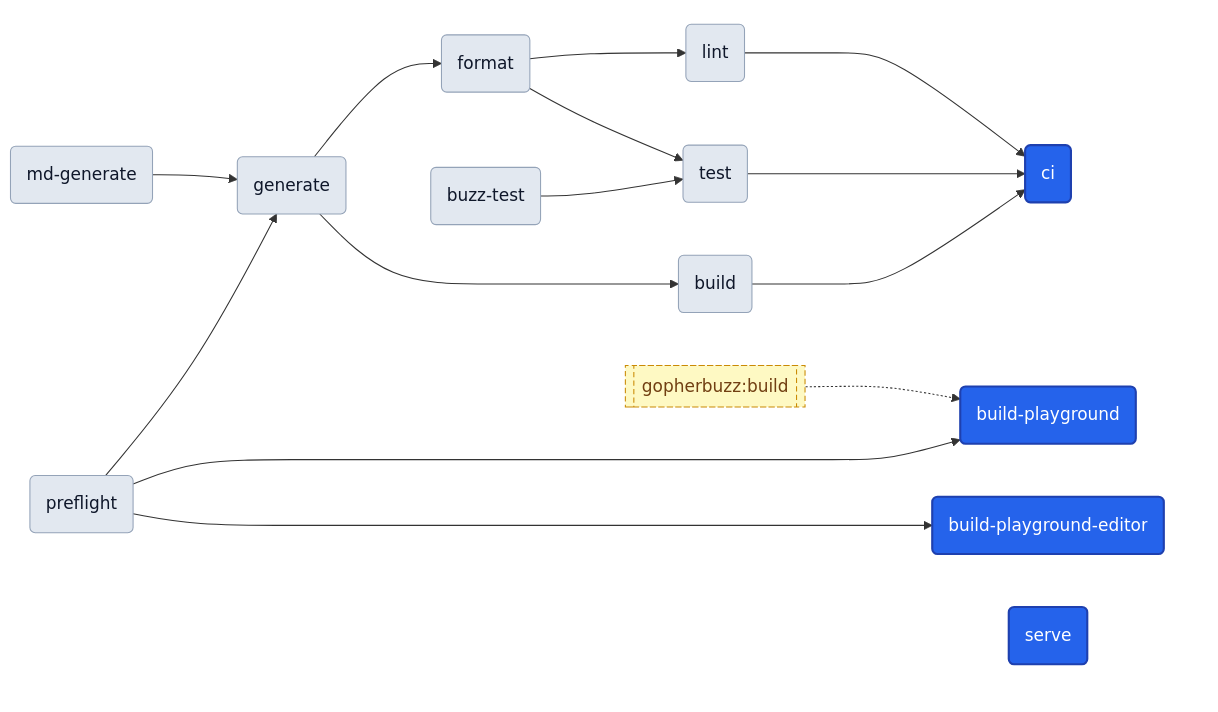
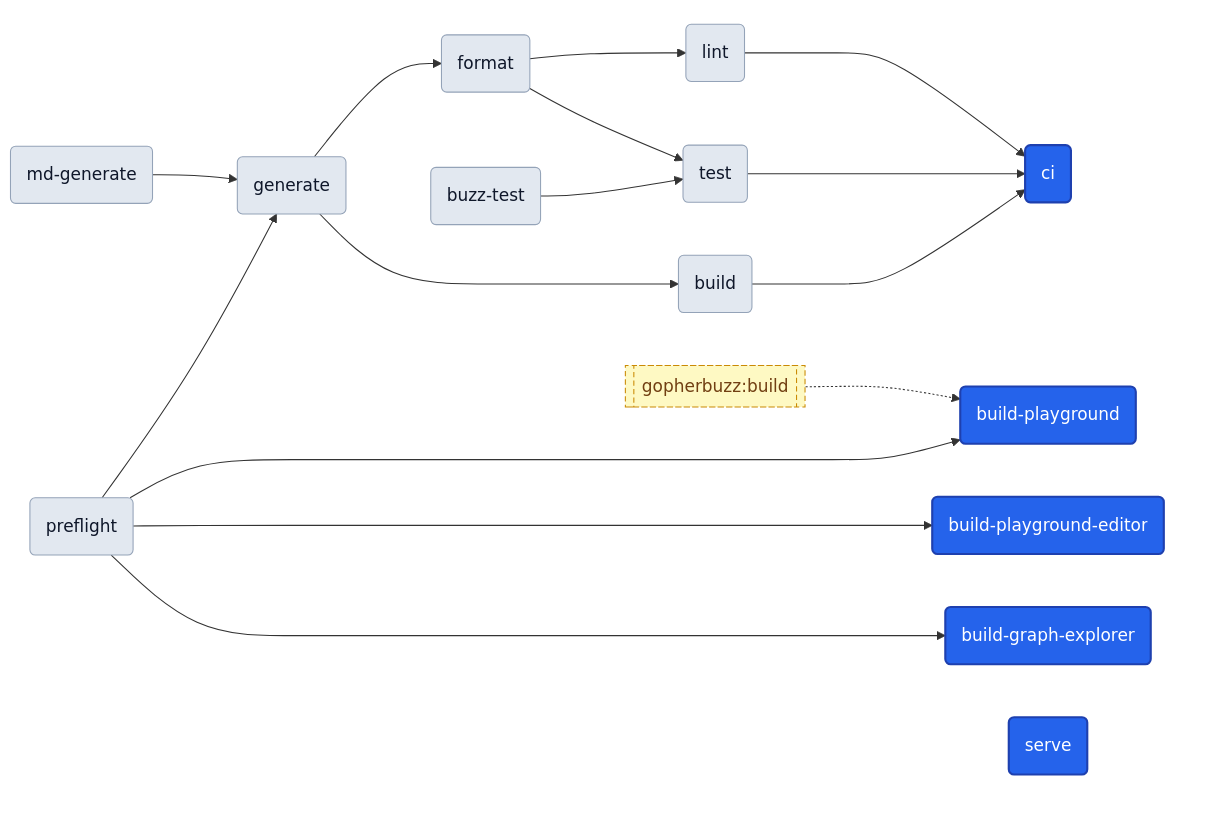
One commit to egladman/magus changed the seventh of 7 diagrams in MAGUS.md. Above: the diagram before and after it, drawn with Mermaid. The commit also changed other lines of this file and 172 other files, not shown here.

Commit message:
add the Graph Explorer and `magus graph open`; derive repo source links from a new VCS remote capability; link the explorer from MAGUS.md

````diff
--- a/MAGUS.md
+++ b/MAGUS.md
@@ -871,44 +873,46 @@
 ```mermaid
 ---
 config:
   flowchart:
     nodeSpacing: 50
     rankSpacing: 80
 ---
 graph LR
   subgraph entry_cluster[" "]
     ci("ci")
     build_playground("build-playground")
     build_playground_editor("build-playground-editor")
+    build_graph_explorer("build-graph-explorer")
     serve("serve")
   end
   preflight("preflight")
   md_generate("md-generate")
   generate("generate")
   format("format")
   lint("lint")
   build("build")
   buzz_test("buzz-test")
   test("test")
   xt_gopherbuzz_build[["gopherbuzz:build"]]
   preflight --> generate
   md_generate --> generate
   generate --> format
   format --> lint
   generate --> build
   format --> test
   buzz_test --> test
   lint --> ci
   build --> ci
   test --> ci
   preflight --> build_playground
   preflight --> build_playground_editor
+  preflight --> build_graph_explorer
   xt_gopherbuzz_build -.-> build_playground
   classDef anchor fill:#2563eb,color:#ffffff,stroke:#1e40af,stroke-width:2px
   classDef target fill:#e2e8f0,color:#0f172a,stroke:#94a3b8
   classDef external fill:#fef9c3,color:#713f12,stroke:#ca8a04,stroke-dasharray:5 3
-  class build_playground,build_playground_editor,ci,serve anchor
+  class build_graph_explorer,build_playground,build_playground_editor,ci,serve anchor
   class build,buzz_test,format,generate,lint,md_generate,preflight,test target
   class xt_gopherbuzz_build external
   style entry_cluster fill:transparent,stroke:transparent
 ```
````
